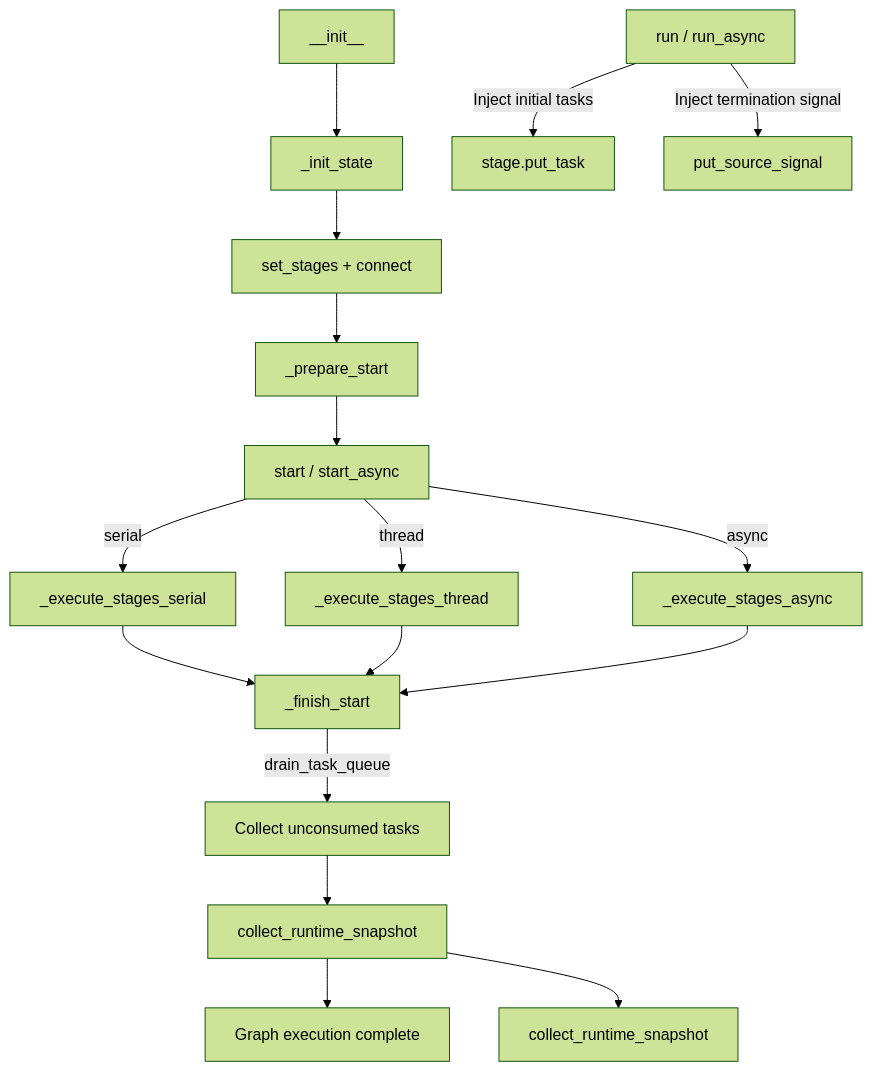
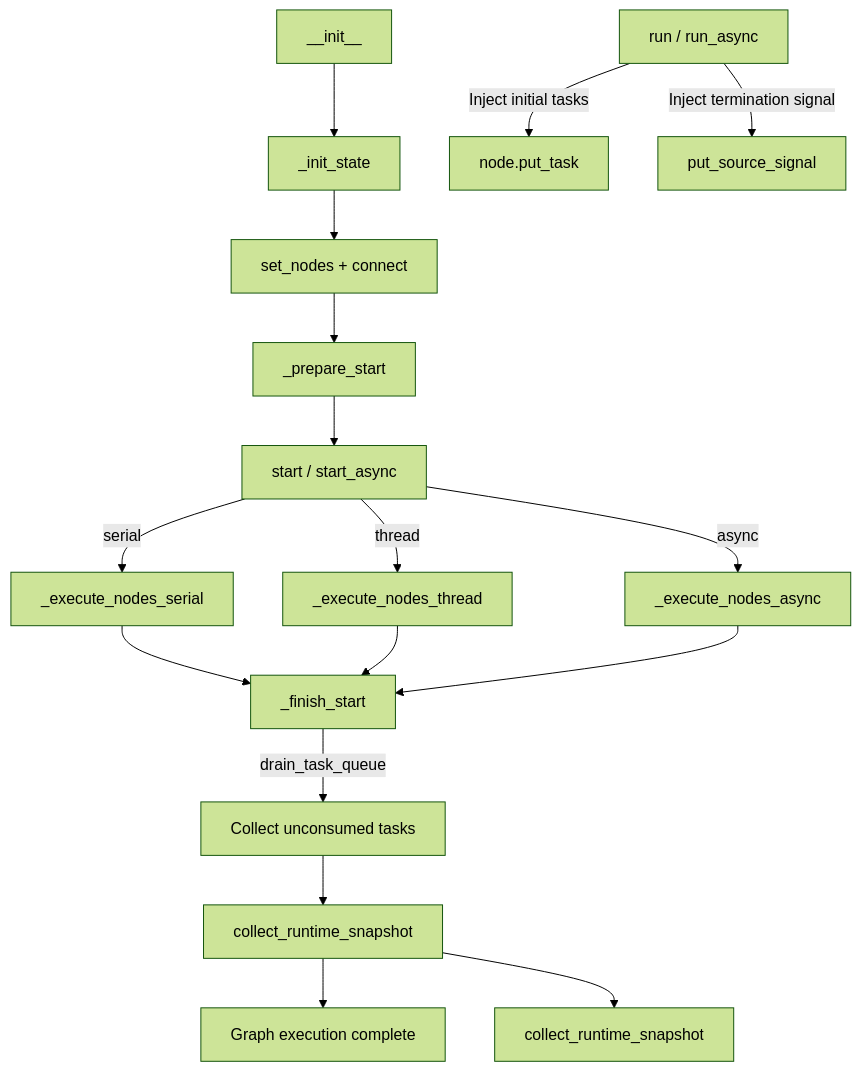
One commit to Mr-xiaotian/CelestialFlow changed the diagram in docs/en/src/graph/core_graph.md. Above: the diagram before and after it, drawn with Mermaid (forest theme). The commit also changed other lines of this file and 181 other files, not shown here.

````diff
--- a/docs/en/src/graph/core_graph.md
+++ b/docs/en/src/graph/core_graph.md
@@ -288,21 +292,21 @@
 ```mermaid
 flowchart TD
     INIT[__init__] --> INIT_STATE[_init_state]
-    INIT_STATE --> BUILD[set_stages + connect]
+    INIT_STATE --> BUILD[set_nodes + connect]
     BUILD --> PREPARE[_prepare_start]
     PREPARE --> START[start / start_async]
-    START -->|serial| SER[_execute_stages_serial]
-    START -->|thread| THR[_execute_stages_thread]
-    START -->|async| ASY[_execute_stages_async]
+    START -->|serial| SER[_execute_nodes_serial]
+    START -->|thread| THR[_execute_nodes_thread]
+    START -->|async| ASY[_execute_nodes_async]
     SER --> FINISH[_finish_start]
     THR --> FINISH
     ASY --> FINISH
     FINISH -->|drain_task_queue| DRAIN[Collect unconsumed tasks]
     DRAIN --> SNAP[collect_runtime_snapshot]
     SNAP --> END[Graph execution complete]
 
     SNAP --> STATUS[collect_runtime_snapshot]
 
-    RUN[run / run_async] -->|Inject initial tasks| PUT[stage.put_task]
+    RUN[run / run_async] -->|Inject initial tasks| PUT[node.put_task]
     RUN -->|Inject termination signal| SIGNAL[put_source_signal]
 ```
````
